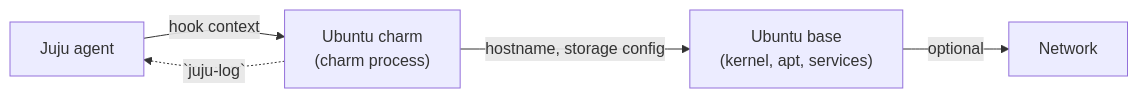
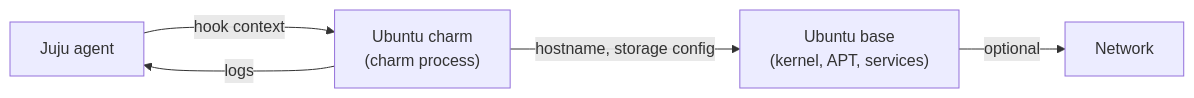
One commit to canonical/charm-ubuntu changed the diagram in SECURITY.md. Above: the diagram before and after it, drawn with Mermaid. The commit also changed other lines of this file, not shown here.

````diff
--- a/SECURITY.md
+++ b/SECURITY.md
@@ -14,7 +14,7 @@
 ```mermaid
 flowchart LR
     Juju["Juju agent"] -->|hook context| Charm["Ubuntu charm<br/>(charm process)"]
-    Charm -->|hostname, storage config| Base["Ubuntu base<br/>(kernel, apt, services)"]
+    Charm -->|hostname, storage config| Base["Ubuntu base<br/>(kernel, APT, services)"]
     Base -->|optional| Net["Network"]
-    Charm -.->|`juju-log`| Juju
+    Charm --->|logs| Juju
 ```
````
